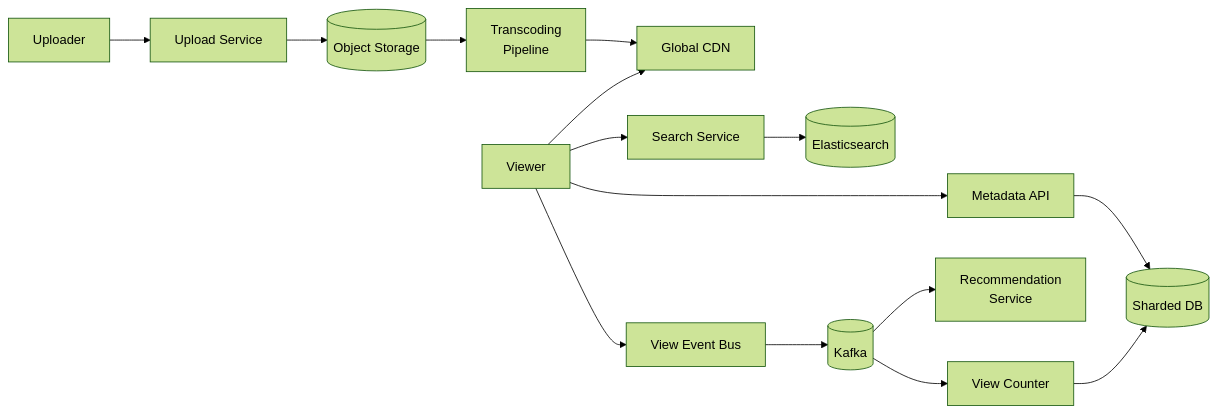
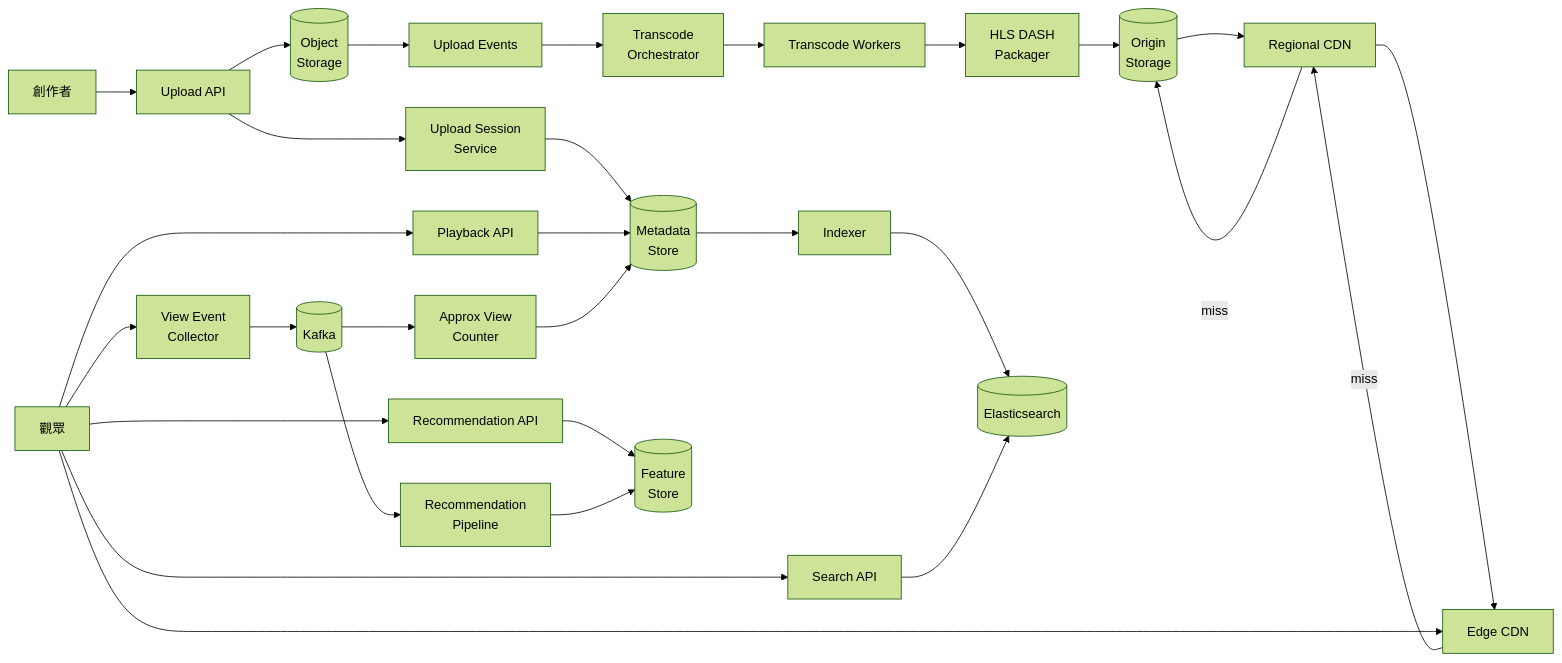
The first of 3 diagrams in content/seed-questions/youtube.md (sunny70487/system-design), drawn with Mermaid (forest theme) before and after one commit. The commit also changed other lines of this file and 65 other files, not shown here.

````diff
--- a/content/seed-questions/youtube.md
+++ b/content/seed-questions/youtube.md
@@ -39,17 +69,31 @@
 ```mermaid
 flowchart LR
-  U[Uploader] --> UP[Upload Service]
-  UP --> OS[(Object Storage)]
-  OS --> TC[Transcoding<br/>Pipeline]
-  TC --> CDN[Global CDN]
-  V[Viewer] --> CDN
-  V --> META[Metadata API]
-  META --> DB[(Sharded DB)]
-  V --> SR[Search Service]
-  SR --> ES[(Elasticsearch)]
-  V --> EVT[View Event Bus]
-  EVT --> KAFKA[(Kafka)]
-  KAFKA --> REC[Recommendation<br/>Service]
-  KAFKA --> CT[View Counter]
-  CT --> DB
+  U[創作者] --> AP[Upload API]
+  AP --> US[Upload Session<br/>Service]
+  AP --> OBJ[(Object<br/>Storage)]
+  US --> MDB[(Metadata<br/>Store)]
+  OBJ --> EV1[Upload Events]
+  EV1 --> ORC[Transcode<br/>Orchestrator]
+  ORC --> WRK[Transcode Workers]
+  WRK --> PKG[HLS DASH<br/>Packager]
+  PKG --> ORG[(Origin<br/>Storage)]
+  ORG --> RCDN[Regional CDN]
+  RCDN --> ECDN[Edge CDN]
+  V[觀眾] --> ECDN
+  ECDN -->|miss| RCDN
+  RCDN -->|miss| ORG
+  V --> PB[Playback API]
+  PB --> MDB
+  MDB --> IDX[Indexer]
+  IDX --> ES[(Elasticsearch)]
+  V --> SRH[Search API]
+  SRH --> ES
+  V --> RECAPI[Recommendation API]
+  RECAPI --> FST[(Feature<br/>Store)]
+  V --> EV2[View Event<br/>Collector]
+  EV2 --> KFK[(Kafka)]
+  KFK --> CNT[Approx View<br/>Counter]
+  CNT --> MDB
+  KFK --> REC[Recommendation<br/>Pipeline]
+  REC --> FST
 ```
````
